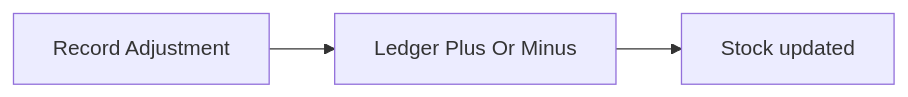
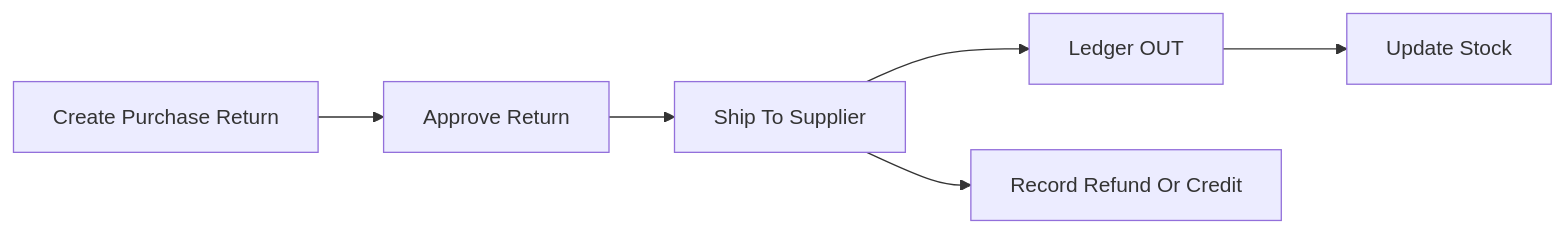
Diagram 15 of 17 in docs/erd.md (Masterly0607/stock-management), drawn with Mermaid before and after one commit. The commit also changed other lines of this file, not shown here.

````diff
--- a/docs/erd.md
+++ b/docs/erd.md
@@ -161,5 +288,8 @@
 ```mermaid
 flowchart LR
-  A[Record Adjustment] --> L[Ledger Plus Or Minus]
-  L --> S[Stock updated]
+  A[Create Purchase Return] --> B[Approve Return]
+  B --> C[Ship To Supplier]
+  C --> L[Ledger OUT]
+  L --> S[Update Stock]
+  C --> P[Record Refund Or Credit]
 ```
````
